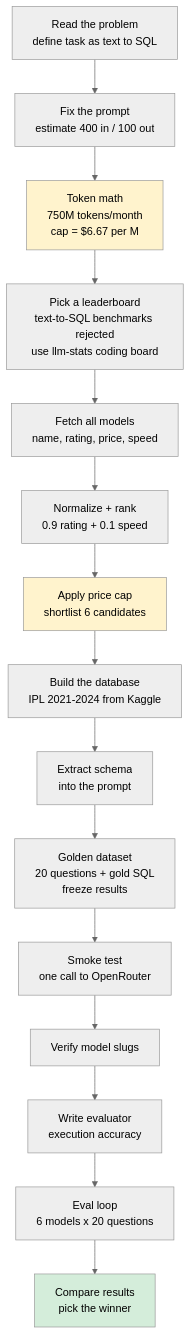
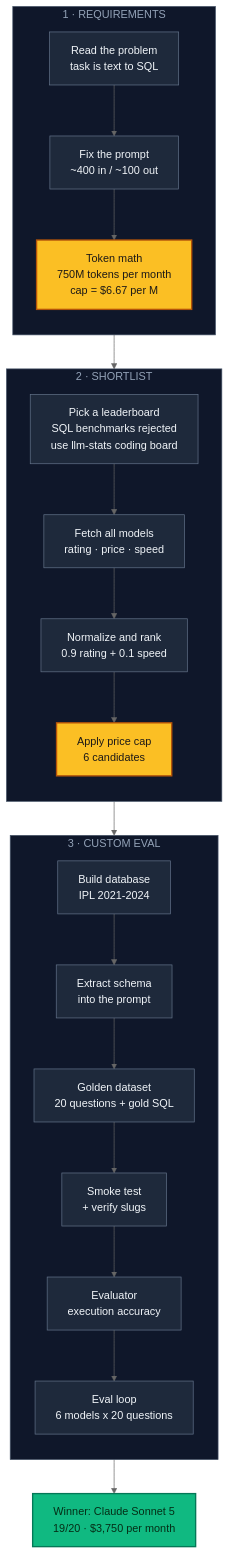
Before and after one commit to Spador/llm-model-eval: the diagram in README.md, drawn with Mermaid (neutral theme).

Commit message:
updated mermaid diagram

````diff
--- a/README.md
+++ b/README.md
@@ -37,22 +37,38 @@
 ```mermaid
 flowchart TD
-    A[Read the problem<br/>define task as text to SQL] --> B[Fix the prompt<br/>estimate 400 in / 100 out]
-    B --> C[Token math<br/>750M tokens/month<br/>cap = $6.67 per M]
-    C --> D[Pick a leaderboard<br/>text-to-SQL benchmarks rejected<br/>use llm-stats coding board]
-    D --> E[Fetch all models<br/>name, rating, price, speed]
-    E --> F[Normalize + rank<br/>0.9 rating + 0.1 speed]
-    F --> G[Apply price cap<br/>shortlist 6 candidates]
+    subgraph P1[" 1 · REQUIREMENTS "]
+        direction TB
+        A[Read the problem<br/>task is text to SQL] --> B[Fix the prompt<br/>~400 in / ~100 out]
+        B --> C[Token math<br/>750M tokens per month<br/>cap = $6.67 per M]
+    end
 
-    G --> H[Build the database<br/>IPL 2021-2024 from Kaggle]
-    H --> I[Extract schema<br/>into the prompt]
-    I --> J[Golden dataset<br/>20 questions + gold SQL<br/>freeze results]
-    J --> K[Smoke test<br/>one call to OpenRouter]
-    K --> L[Verify model slugs]
-    L --> M[Write evaluator<br/>execution accuracy]
-    M --> N[Eval loop<br/>6 models x 20 questions]
-    N --> O[Compare results<br/>pick the winner]
+    subgraph P2[" 2 · SHORTLIST "]
+        direction TB
+        D[Pick a leaderboard<br/>SQL benchmarks rejected<br/>use llm-stats coding board] --> E[Fetch all models<br/>rating · price · speed]
+        E --> F[Normalize and rank<br/>0.9 rating + 0.1 speed]
+        F --> G[Apply price cap<br/>6 candidates]
+    end
 
-    style C fill:#fff3cd
-    style G fill:#fff3cd
-    style O fill:#d4edda
+    subgraph P3[" 3 · CUSTOM EVAL "]
+        direction TB
+        H[Build database<br/>IPL 2021-2024] --> I[Extract schema<br/>into the prompt]
+        I --> J[Golden dataset<br/>20 questions + gold SQL]
+        J --> K[Smoke test<br/>+ verify slugs]
+        K --> L[Evaluator<br/>execution accuracy]
+        L --> M[Eval loop<br/>6 models x 20 questions]
+    end
+
+    C --> D
+    G --> H
+    M --> N[Winner: Claude Sonnet 5<br/>19/20 · $3,750 per month]
+
+    classDef step fill:#1e293b,stroke:#64748b,stroke-width:1px,color:#f1f5f9
+    classDef gate fill:#fbbf24,stroke:#b45309,stroke-width:2px,color:#1c1917
+    classDef win fill:#10b981,stroke:#047857,stroke-width:2px,color:#052e16
+    classDef phase fill:#0f172a,stroke:#475569,stroke-width:1px,color:#94a3b8
+
+    class A,B,D,E,F,H,I,J,K,L,M step
+    class C,G gate
+    class N win
+    class P1,P2,P3 phase
 ```
````
